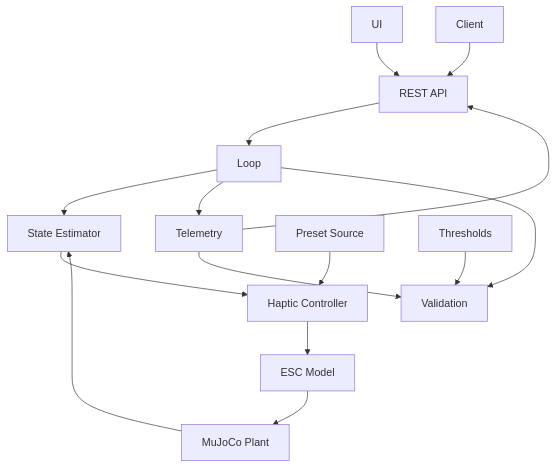
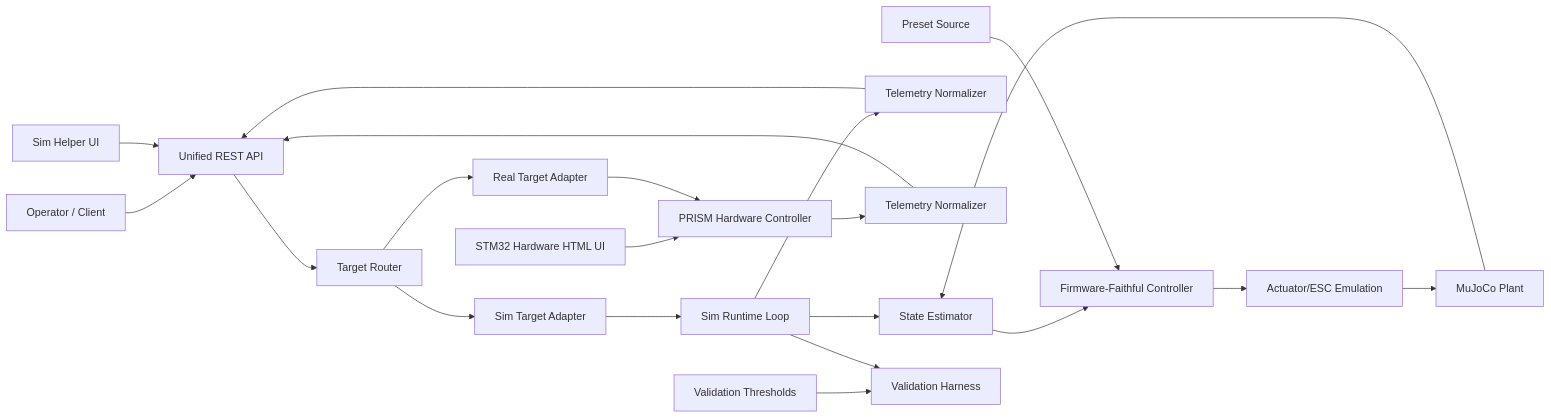
Before and after one commit to Emroess/PRISM: the diagram in prism_twin/docs/firmware-faithful-twin-spec.md, drawn with Mermaid. The commit also changed other lines of this file and 1 other file, not shown here.

Commit message:
Clarify unified API routing, UI split, and scene composition strategy

````diff
--- a/prism_twin/docs/firmware-faithful-twin-spec.md
+++ b/prism_twin/docs/firmware-faithful-twin-spec.md
@@ -317,17 +317,28 @@
 ```mermaid
-flowchart TD
-    UI[UI] --> API[REST API]
-    CLIENT[Client] --> API
-    API --> LOOP[Loop]
-    LOOP --> EST[State Estimator]
-    EST --> CTRL[Haptic Controller]
-    CTRL --> ESC[ESC Model]
-    ESC --> PLANT[MuJoCo Plant]
-    PLANT --> EST
-    LOOP --> TEL[Telemetry]
-    TEL --> API
-    PRESETS[Preset Source] --> CTRL
-    THRESH[Thresholds] --> VALID[Validation]
-    LOOP --> VALID
-    TEL --> VALID
+flowchart LR
+  OP[Operator / Client] --> API[Unified REST API]
+  SIMUI[Sim Helper UI] --> API
+  HWUI[STM32 Hardware HTML UI] --> HW[PRISM Hardware Controller]
+
+  API --> ROUTER[Target Router]
+  ROUTER --> SIMAD[Sim Target Adapter]
+  ROUTER --> REALAD[Real Target Adapter]
+
+  SIMAD --> LOOP[Sim Runtime Loop]
+  LOOP --> EST[State Estimator]
+  EST --> CTRL[Firmware-Faithful Controller]
+  CTRL --> ESC[Actuator/ESC Emulation]
+  ESC --> PLANT[MuJoCo Plant]
+  PLANT --> EST
+
+  REALAD --> HW
+
+  LOOP --> TELSIM[Telemetry Normalizer]
+  HW --> TELREAL[Telemetry Normalizer]
+  TELSIM --> API
+  TELREAL --> API
+
+  PRESETS[Preset Source] --> CTRL
+  THRESH[Validation Thresholds] --> VALID[Validation Harness]
+  LOOP --> VALID
 ```
````
